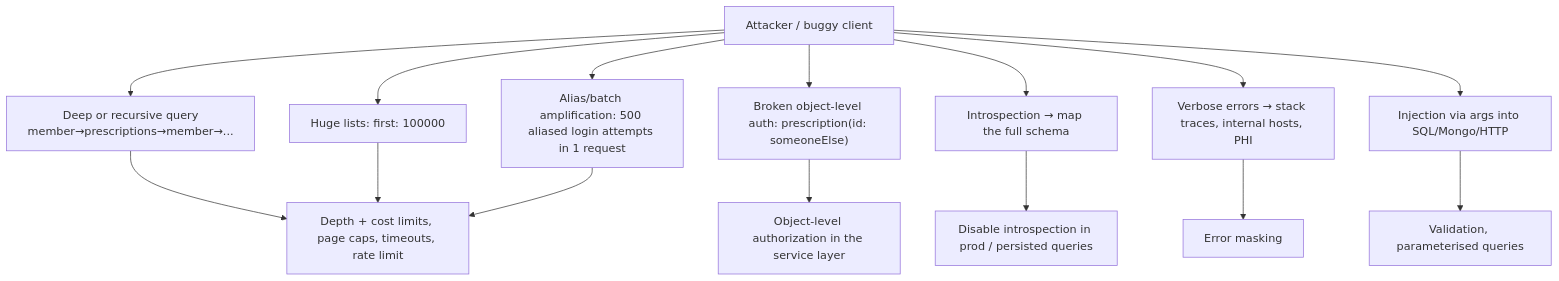
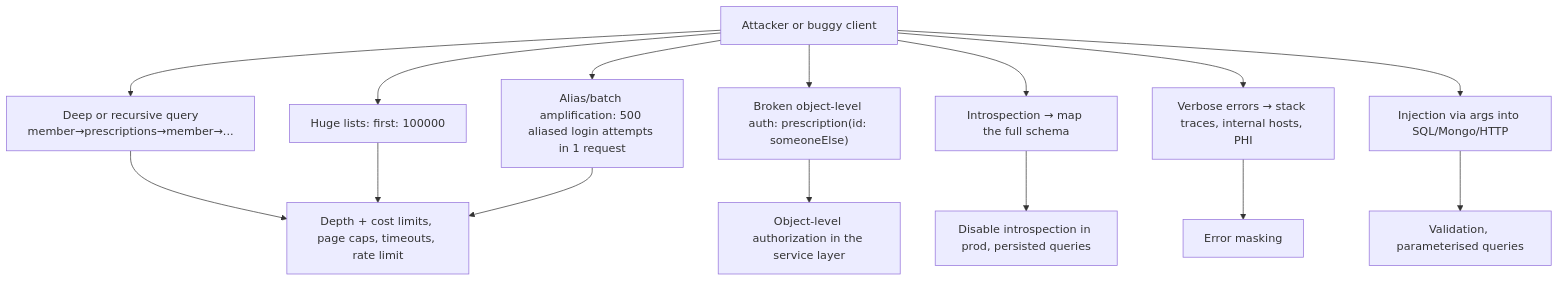
Before and after one commit to vishalhulawale/knowledge-base: the first of 2 diagrams in docs/graphql/08-security-auth-query-depth-complexity-limits-introspection.md, drawn with Mermaid. The commit also changed other lines of this file and 5 other files, not shown here.

First line of the commit message:
docs(graphql): independent fact-check of pages 04-09

````diff
--- a/docs/graphql/08-security-auth-query-depth-complexity-limits-introspection.md
+++ b/docs/graphql/08-security-auth-query-depth-complexity-limits-introspection.md
@@ -24,15 +24,15 @@
 ```mermaid
 flowchart TD
-    A[Attacker / buggy client] --> T1["Deep or recursive query<br/>member→prescriptions→member→..."]
+    A["Attacker or buggy client"] --> T1["Deep or recursive query<br/>member→prescriptions→member→..."]
     A --> T2["Huge lists: first: 100000"]
     A --> T3["Alias/batch amplification: 500 aliased login attempts in 1 request"]
     A --> T4["Broken object-level auth: prescription(id: someoneElse)"]
     A --> T5["Introspection → map the full schema"]
     A --> T6["Verbose errors → stack traces, internal hosts, PHI"]
     A --> T7["Injection via args into SQL/Mongo/HTTP"]
-    T1 & T2 & T3 --> D1[Depth + cost limits, page caps, timeouts, rate limit]
-    T4 --> D2[Object-level authorization in the service layer]
-    T5 --> D3[Disable introspection in prod / persisted queries]
-    T6 --> D4[Error masking]
-    T7 --> D5[Validation, parameterised queries]
+    T1 & T2 & T3 --> D1["Depth + cost limits, page caps, timeouts, rate limit"]
+    T4 --> D2["Object-level authorization in the service layer"]
+    T5 --> D3["Disable introspection in prod, persisted queries"]
+    T6 --> D4["Error masking"]
+    T7 --> D5["Validation, parameterised queries"]
 ```
````
